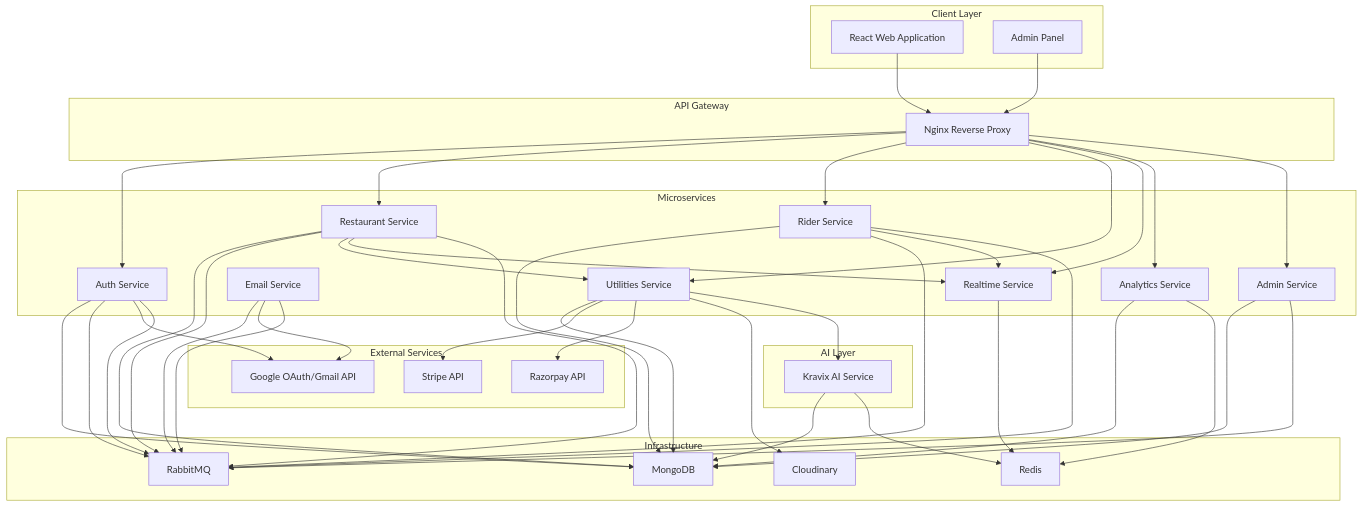
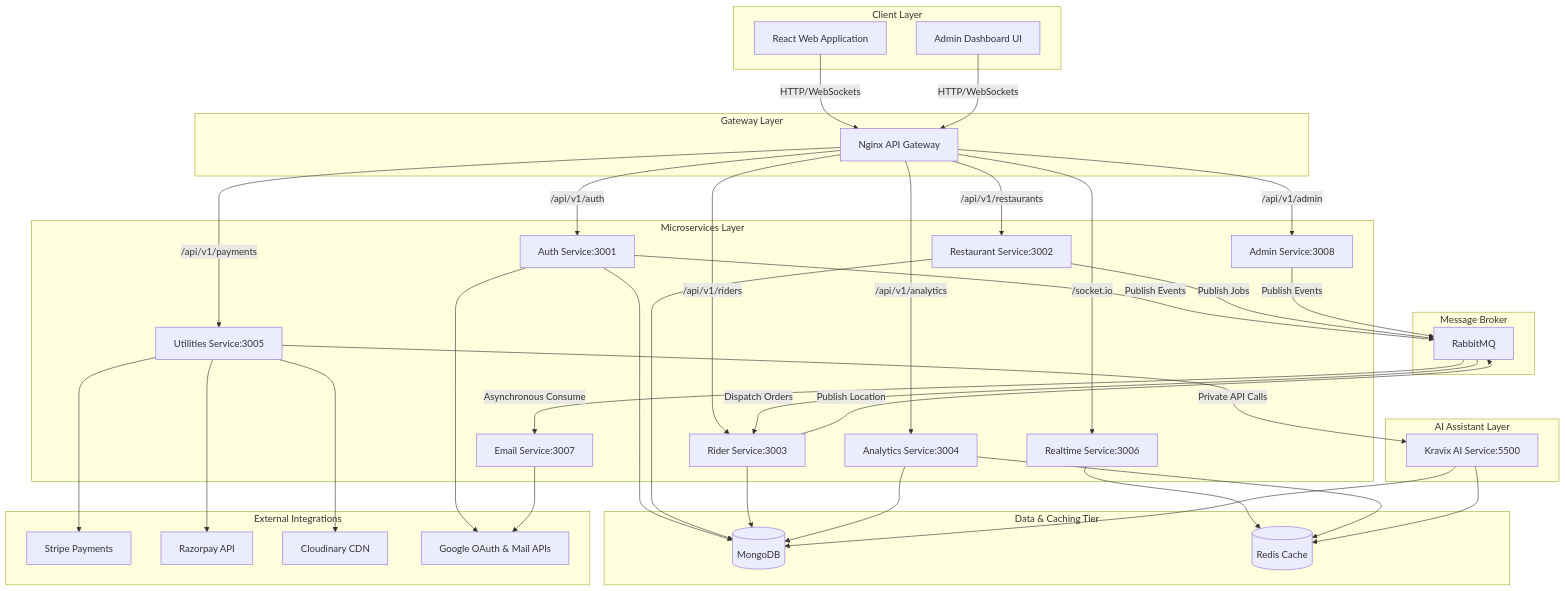
One commit to samratmallick-dev/kravix-food-delivery-application changed the second of 5 diagrams in README.md. Above: the diagram before and after it, drawn with Mermaid. The commit also changed other lines of this file, not shown here.

````diff
--- a/README.md
+++ b/README.md
@@ -200,88 +150,74 @@
 ```mermaid
 graph TB
-    subgraph "Client Layer"
-        WEB[React Web Application]
-        ADMIN[Admin Panel]
+    subgraph Client Layer
+        Web[React Web Application]
+        Admin[Admin Dashboard UI]
     end
     
-    subgraph "API Gateway"
-        NGINX[Nginx Reverse Proxy]
+    subgraph Gateway Layer
+        Nginx[Nginx API Gateway]
+        Web -->|HTTP/WebSockets| Nginx
+        Admin -->|HTTP/WebSockets| Nginx
     end
     
-    subgraph "Microservices"
-        AUTH[Auth Service]
-        REST[Restaurant Service]
-        RIDER[Rider Service]
-        UTIL[Utilities Service]
-        REAL[Realtime Service]
-        EMAIL[Email Service]
-        ANALYT[Analytics Service]
-        ADMIN_SVC[Admin Service]
+    subgraph Microservices Layer
+        AuthSvc[Auth Service:3001]
+        RestSvc[Restaurant Service:3002]
+        RiderSvc[Rider Service:3003]
+        AnalSvc[Analytics Service:3004]
+        UtilSvc[Utilities Service:3005]
+        SocketSvc[Realtime Service:3006]
+        EmailSvc[Email Service:3007]
+        AdminSvc[Admin Service:3008]
     end
-    
-    subgraph "AI Layer"
-        AI[Kravix AI Service]
+
+    Nginx -->|/api/v1/auth| AuthSvc
+    Nginx -->|/api/v1/restaurants| RestSvc
+    Nginx -->|/api/v1/riders| RiderSvc
+    Nginx -->|/api/v1/analytics| AnalSvc
+    Nginx -->|/api/v1/payments| UtilSvc
+    Nginx -->|/socket.io| SocketSvc
+    Nginx -->|/api/v1/admin| AdminSvc
+
+    subgraph AI Assistant Layer
+        AiSvc[Kravix AI Service:5500]
+        UtilSvc -->|Private API Calls| AiSvc
     end
-    
-    subgraph "Infrastructure"
-        MQ[RabbitMQ]
-        REDIS[Redis]
-        MONGO[MongoDB]
-        CLOUD[Cloudinary]
+
+    subgraph Message Broker
+        RMQ[RabbitMQ]
+        AuthSvc -->|Publish Events| RMQ
+        RestSvc -->|Publish Jobs| RMQ
+        RiderSvc -->|Publish Location| RMQ
+        AdminSvc -->|Publish Events| RMQ
+        RMQ -->|Asynchronous Consume| EmailSvc
+        RMQ -->|Dispatch Orders| RiderSvc
     end
-    
-    subgraph "External Services"
-        STRIPE[Stripe API]
-        RAZOR[Razorpay API]
-        GOOGLE[Google OAuth/Gmail API]
+
+    subgraph Data & Caching Tier
+        MDB[(MongoDB)]
+        Redis[(Redis Cache)]
+        AuthSvc --> MDB
+        RestSvc --> MDB
+        RiderSvc --> MDB
+        AnalSvc --> MDB
+        AiSvc --> MDB
+        
+        SocketSvc --> Redis
+        AnalSvc --> Redis
+        AiSvc --> Redis
     end
-    
-    WEB --> NGINX
-    ADMIN --> NGINX
-    
-    NGINX --> AUTH
-    NGINX --> REST
-    NGINX --> RIDER
-    NGINX --> UTIL
-    NGINX --> REAL
-    NGINX --> ANALYT
-    NGINX --> ADMIN_SVC
-    
-    AUTH --> MONGO
-    AUTH --> MQ
-    AUTH --> GOOGLE
-    
-    REST --> MONGO
-    REST --> MQ
-    REST --> UTIL
-    REST --> REAL
-    
-    RIDER --> MONGO
-    RIDER --> MQ
-    RIDER --> REAL
-    
-    UTIL --> MONGO
-    UTIL --> STRIPE
-    UTIL --> RAZOR
-    UTIL --> CLOUD
-    UTIL --> AI
-    
-    REAL --> REDIS
-    
-    EMAIL --> MQ
-    EMAIL --> GOOGLE
-    
-    ANALYT --> MONGO
-    ANALYT --> REDIS
-    
-    ADMIN_SVC --> MONGO
-    ADMIN_SVC --> MQ
-    
-    AI --> MONGO
-    AI --> REDIS
-    
-    AUTH --> MQ
-    REST --> MQ
-    RIDER --> MQ
-    EMAIL --> MQ
+
+    subgraph External Integrations
+        Stripe[Stripe Payments]
+        Razorpay[Razorpay API]
+        Cloudinary[Cloudinary CDN]
+        Google[Google OAuth & Mail APIs]
+        
+        UtilSvc --> Stripe
+        UtilSvc --> Razorpay
+        UtilSvc --> Cloudinary
+        AuthSvc --> Google
+        EmailSvc --> Google
+    end
 ```
````
